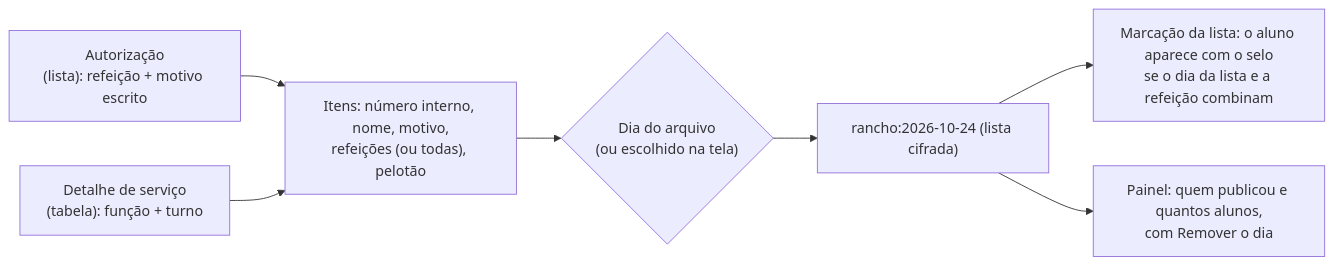
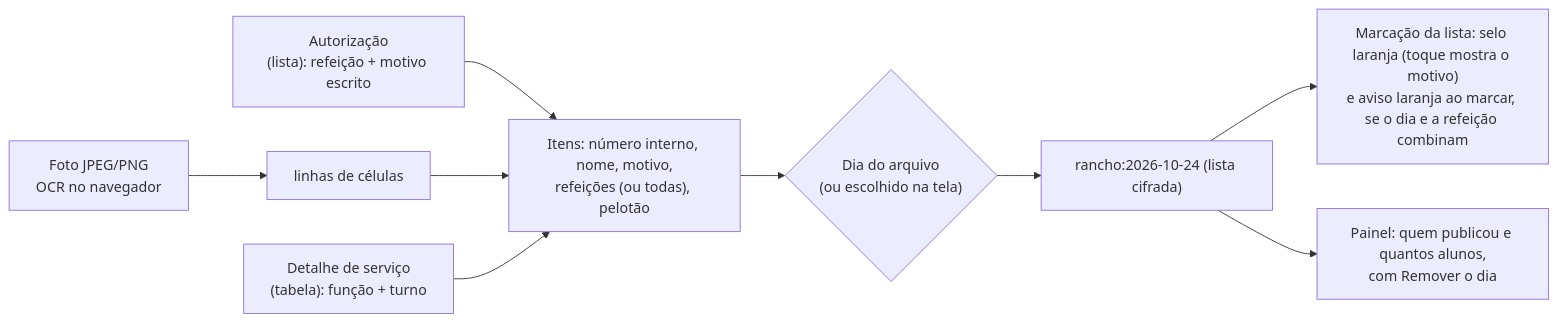
One commit to GiuColucci/Municiamento_CIAGA changed diagram 19 of 19 in docs/ARQUITETURA_E_FLUXO.md. Above: the diagram before and after it, drawn with Mermaid. The commit also changed other lines of this file and 20 other files, not shown here.

First line of the commit message:
Rancho corrido: aceita foto (OCR no navegador) e avisa em laranja, com o motivo ao toque

````diff
--- a/docs/ARQUITETURA_E_FLUXO.md
+++ b/docs/ARQUITETURA_E_FLUXO.md
@@ -608,9 +608,11 @@
 ```mermaid
 flowchart LR
+  F["Foto JPEG/PNG<br/>OCR no navegador"] --> L["linhas de células"]
   A["Autorização<br/>(lista): refeição + motivo escrito"] --> I
+  L --> I
   S["Detalhe de serviço<br/>(tabela): função + turno"] --> I
   I["Itens: número interno, nome, motivo,<br/>refeições (ou todas), pelotão"] --> D{"Dia do arquivo<br/>(ou escolhido na tela)"}
   D --> P1["rancho:2026-10-24 (lista cifrada)"]
-  P1 --> M["Marcação da lista: o aluno aparece com o selo<br/>se o dia da lista e a refeição combinam"]
+  P1 --> M["Marcação da lista: selo laranja (toque mostra o motivo)<br/>e aviso laranja ao marcar, se o dia e a refeição combinam"]
   P1 --> X["Painel: quem publicou e quantos alunos,<br/>com Remover o dia"]
 ```
````
